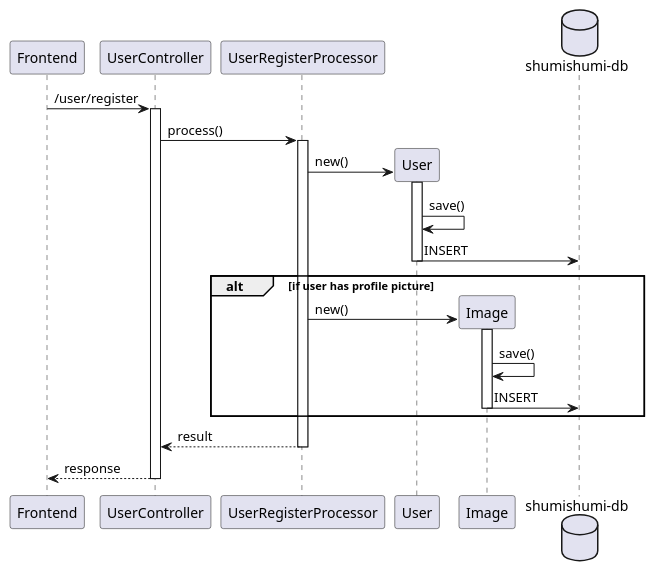
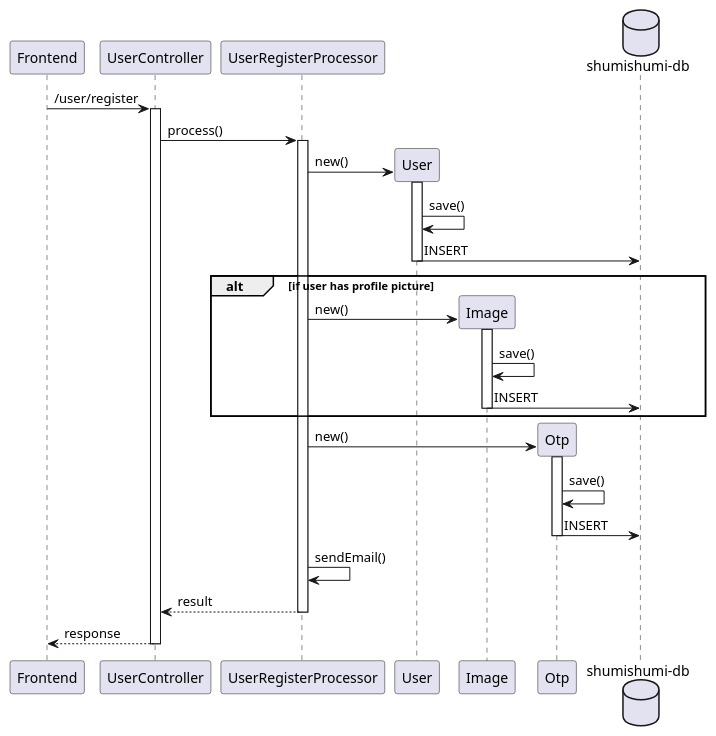
The diagram in uml diagram/sequence diagram/BE/user controller/register.pu (aldihsuhandi/skripsi-2023), drawn with PlantUML before and after one commit. The commit also changed 5 other files, not shown here.

```diff
--- a/uml diagram/sequence diagram/BE/user controller/register.pu
+++ b/uml diagram/sequence diagram/BE/user controller/register.pu
@@ -1,33 +1,44 @@
 @startuml register
 participant "Frontend" as fe
 
 participant "UserController" as uc
 participant "UserRegisterProcessor" as proc
 
 participant "User" as um
 participant "Image" as im
+
+participant "Otp" as om
 
 database "shumishumi-db" as db
 
 fe -> uc++ : /user/register
 
 uc -> proc++ : process()
 create um
 proc -> um++ : new()
 um -> um : save()
 um -> db : INSERT
 deactivate um
 
 alt if user has profile picture
     create im
     proc -> im++ : new()
     im -> im : save()
     im -> db : INSERT
     deactivate im
 end
 
+
+create om
+proc -> om++ : new()
+om -> om : save()
+om -> db : INSERT
+deactivate om
+
+proc -> proc : sendEmail()
+
 return result
 return response
 
 
 @enduml
```
